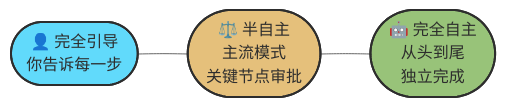
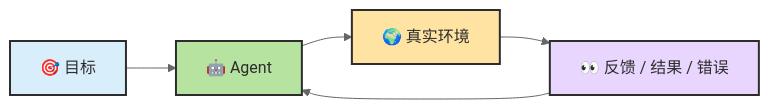
Before and after one commit to zht043/AgenticCodingTutorial: the fourth of 11 diagrams in docs/chapters/ch02-concepts.md, drawn with Mermaid (neutral theme). The commit also changed other lines of this file and 69 other files, not shown here.

Commit message:
optimize docs and add mermaid validation

````diff
--- a/docs/chapters/ch02-concepts.md
+++ b/docs/chapters/ch02-concepts.md
@@ -106,8 +140,9 @@
 ```mermaid
 flowchart LR
-    classDef manual fill:#61dafb,stroke:#2d2d2d,stroke-width:2px,color:#2d2d2d
-    classDef semi fill:#e5c07b,stroke:#2d2d2d,stroke-width:2px,color:#2d2d2d
-    classDef auto fill:#98c379,stroke:#2d2d2d,stroke-width:2px,color:#2d2d2d
+    classDef goal fill:#d8eefb,stroke:#2d2d2d,stroke-width:2px,color:#2d2d2d
+    classDef agent fill:#b7e3a1,stroke:#2d2d2d,stroke-width:2px,color:#2d2d2d
+    classDef env fill:#ffe3a3,stroke:#2d2d2d,stroke-width:2px,color:#2d2d2d
+    classDef obs fill:#e8d6ff,stroke:#2d2d2d,stroke-width:2px,color:#2d2d2d
 
-    A(["👤 完全引导<br/>你告诉每一步"]):::manual --- B(["⚖️ 半自主<br/>主流模式<br/>关键节点审批"]):::semi --- C(["🤖 完全自主<br/>从头到尾<br/>独立完成"]):::auto
+    G["🎯 目标"]:::goal --> A["🤖 Agent"]:::agent --> E["🌍 真实环境"]:::env --> O["👀 反馈 / 结果 / 错误"]:::obs --> A
 ```
````
